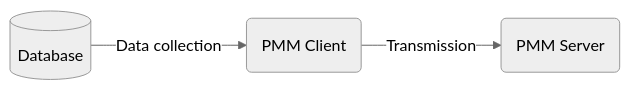
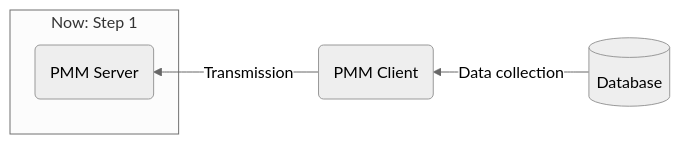
Before and after one commit to pmcf-percona/mkd: the second of 2 diagrams in docs/wizard/index.md, drawn with Mermaid (neutral theme). The commit also changed other lines of this file and 6 other files, not shown here.

````diff
--- a/docs/wizard/index.md
+++ b/docs/wizard/index.md
@@ -10,7 +31,8 @@
 ``` mermaid
-graph LR
-PS(PMM Server)
+graph RL
+subgraph s1[Now: Step 1]
+    PS(PMM Server)
+end
 DB[(Database)] -- Data collection --> PC(PMM Client)
 PC -- Transmission --> PS
-  
 ```
````
